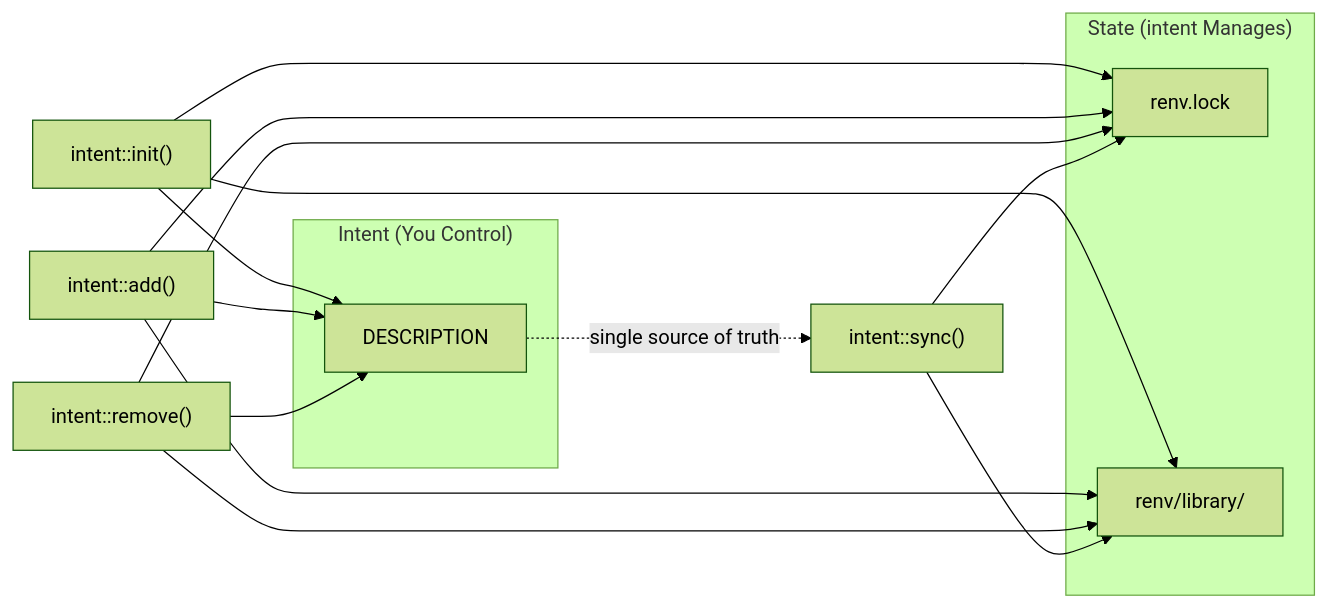
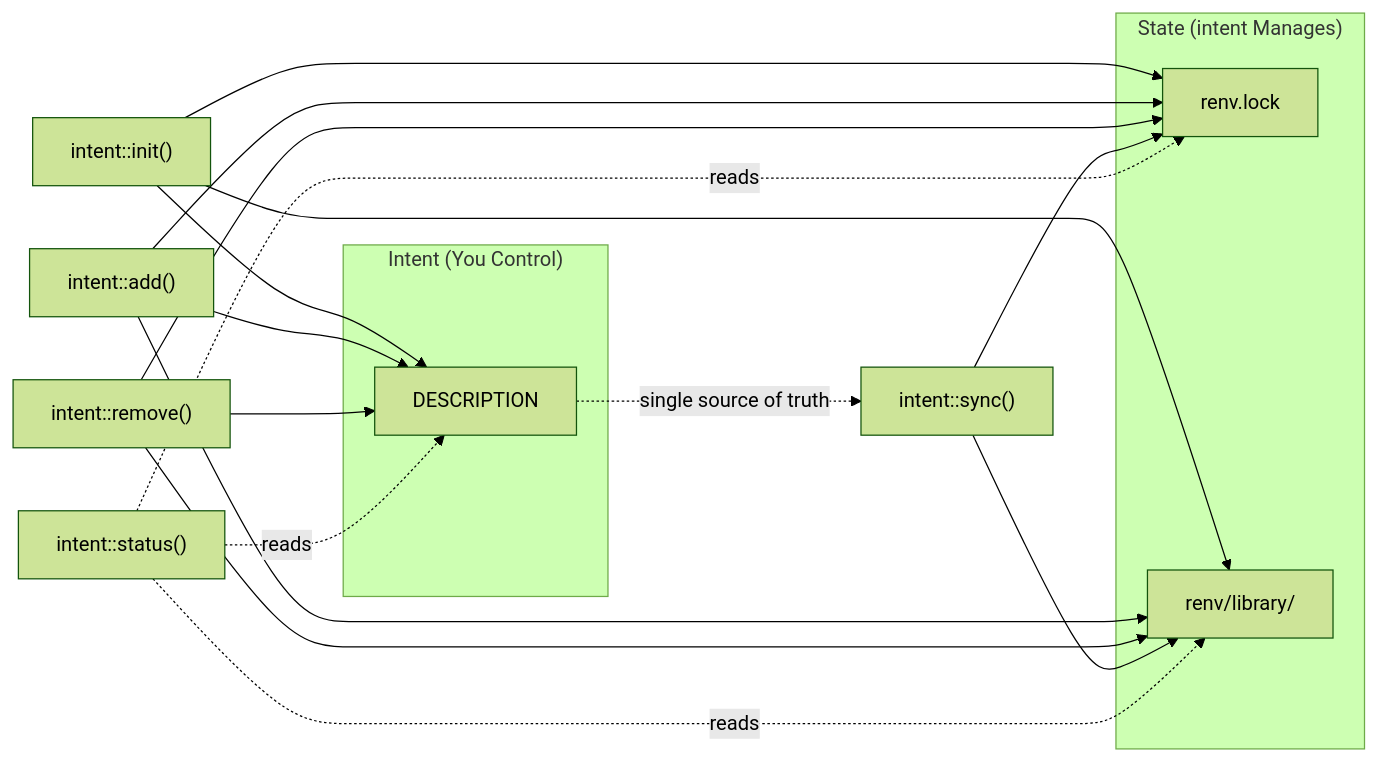
One commit to SInginc/intent changed the diagram in README.md. Above: the diagram before and after it, drawn with Mermaid (forest theme). The commit also changed other lines of this file, not shown here.

````diff
--- a/README.md
+++ b/README.md
@@ -115,28 +131,32 @@
 ```mermaid
 flowchart LR
     subgraph Intent["Intent (You Control)"]
         DESC["DESCRIPTION"]
     end
 
     subgraph State["State (intent Manages)"]
         LOCK["renv.lock"]
         LIB["renv/library/"]
     end
 
     INIT["intent::init()"] --> DESC
     INIT --> LOCK
     INIT --> LIB
 
     ADD["intent::add()"] --> DESC
     ADD --> LIB
     ADD --> LOCK
 
     REMOVE["intent::remove()"] --> DESC
     REMOVE --> LIB
     REMOVE --> LOCK
 
     SYNC["intent::sync()"] --> LOCK
     SYNC --> LIB
 
+    STATUS["intent::status()"] -.->|"reads"| DESC
+    STATUS -.->|"reads"| LOCK
+    STATUS -.->|"reads"| LIB
+
     DESC -.->|"single source of truth"| SYNC
 ```
````
